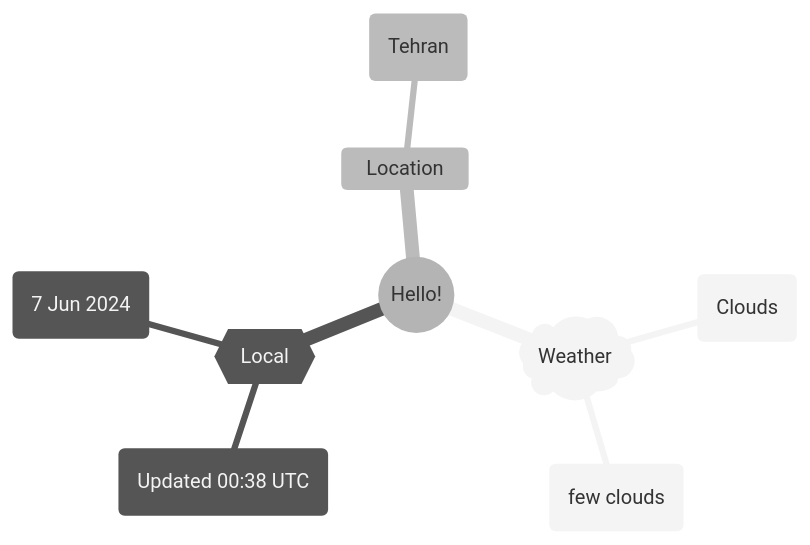
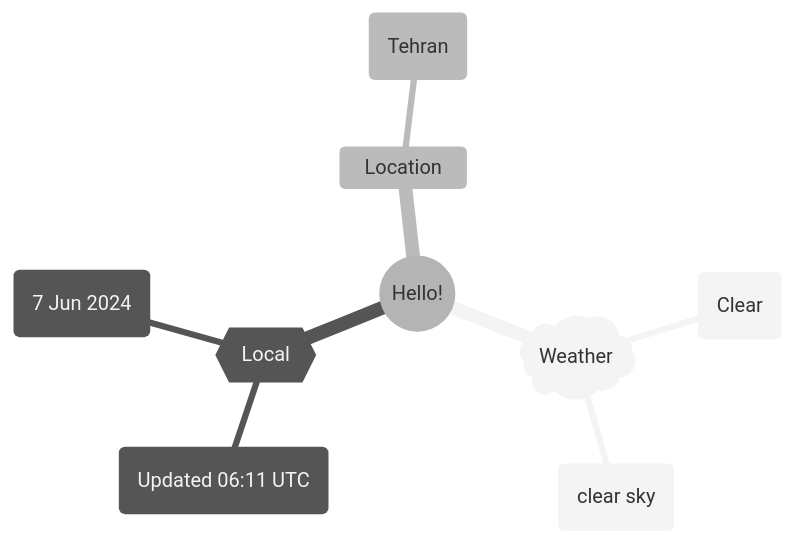
The first of 2 diagrams in README.md (Xosrov/Xosrov), drawn with Mermaid (neutral theme) before and after one commit.

Commit message:
[bot] updated images

````diff
--- a/README.md
+++ b/README.md
@@ -3,12 +3,12 @@
 ```mermaid
 mindmap
   root((Hello!))
     )Weather(
-        (Clouds)
-        (few clouds)
+        (Clear)
+        (clear sky)
     {{Local}}
-        (Updated 00:38 UTC)
+        (Updated 06:11 UTC)
         (7 Jun 2024)
     Location
         (Tehran)
 ```
````
